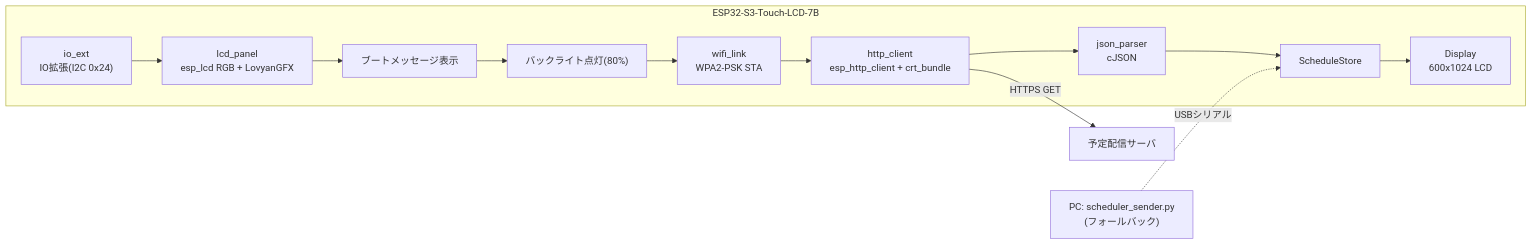
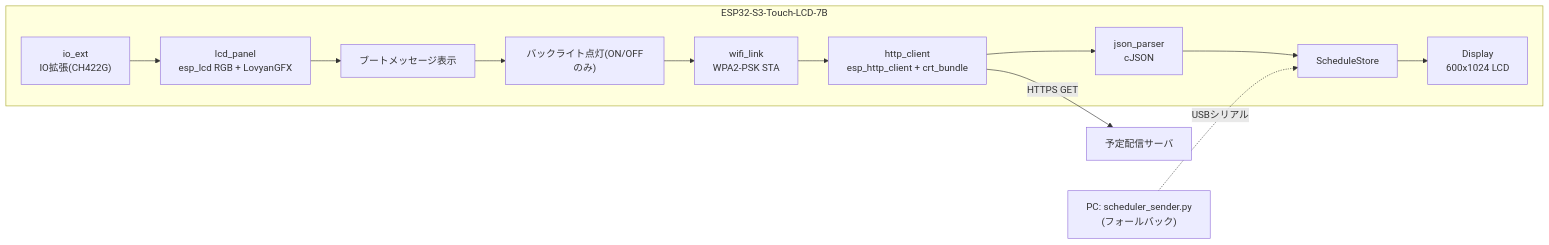
Before and after one commit to hgn32/schedule-viewer-esp32s3: the diagram in docs/spec.md, drawn with Mermaid. The commit also changed other lines of this file and 36 other files, not shown here.

````diff
--- a/docs/spec.md
+++ b/docs/spec.md
@@ -8,15 +8,15 @@
 ```mermaid
 flowchart LR
     subgraph DEV["ESP32-S3-Touch-LCD-7B"]
-        IO["io_ext<br/>IO拡張(I2C 0x24)"] --> LCD["lcd_panel<br/>esp_lcd RGB + LovyanGFX"]
+        IO["io_ext<br/>IO拡張(CH422G)"] --> LCD["lcd_panel<br/>esp_lcd RGB + LovyanGFX"]
         LCD --> BOOT["ブートメッセージ表示"]
-        BOOT --> BL["バックライト点灯(80%)"]
+        BOOT --> BL["バックライト点灯(ON/OFFのみ)"]
         BL --> W["wifi_link<br/>WPA2-PSK STA"]
         W --> H["http_client<br/>esp_http_client + crt_bundle"]
         H --> J["json_parser<br/>cJSON"]
         J --> S["ScheduleStore"]
         S --> D["Display<br/>600x1024 LCD"]
     end
     H -- "HTTPS GET" --> SV["予定配信サーバ"]
     PC["PC: scheduler_sender.py<br/>(フォールバック)"] -. "USBシリアル" .-> S
 ```
````
